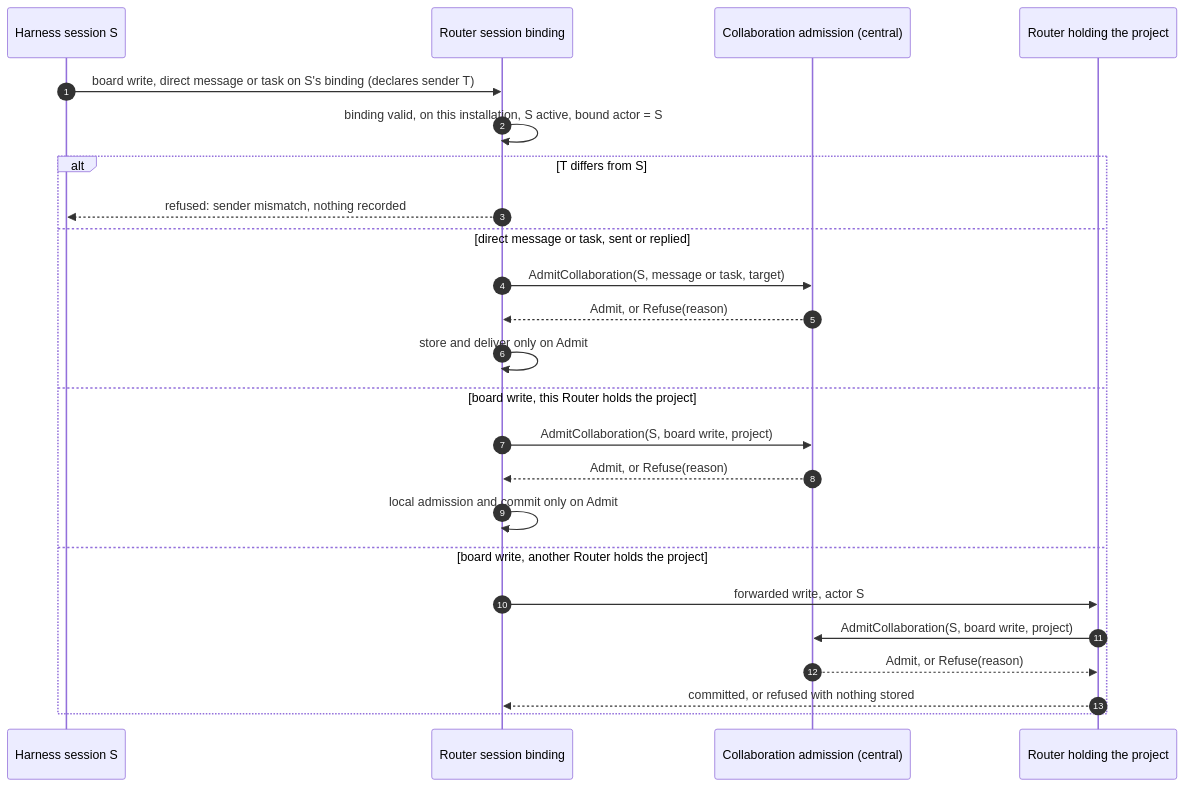
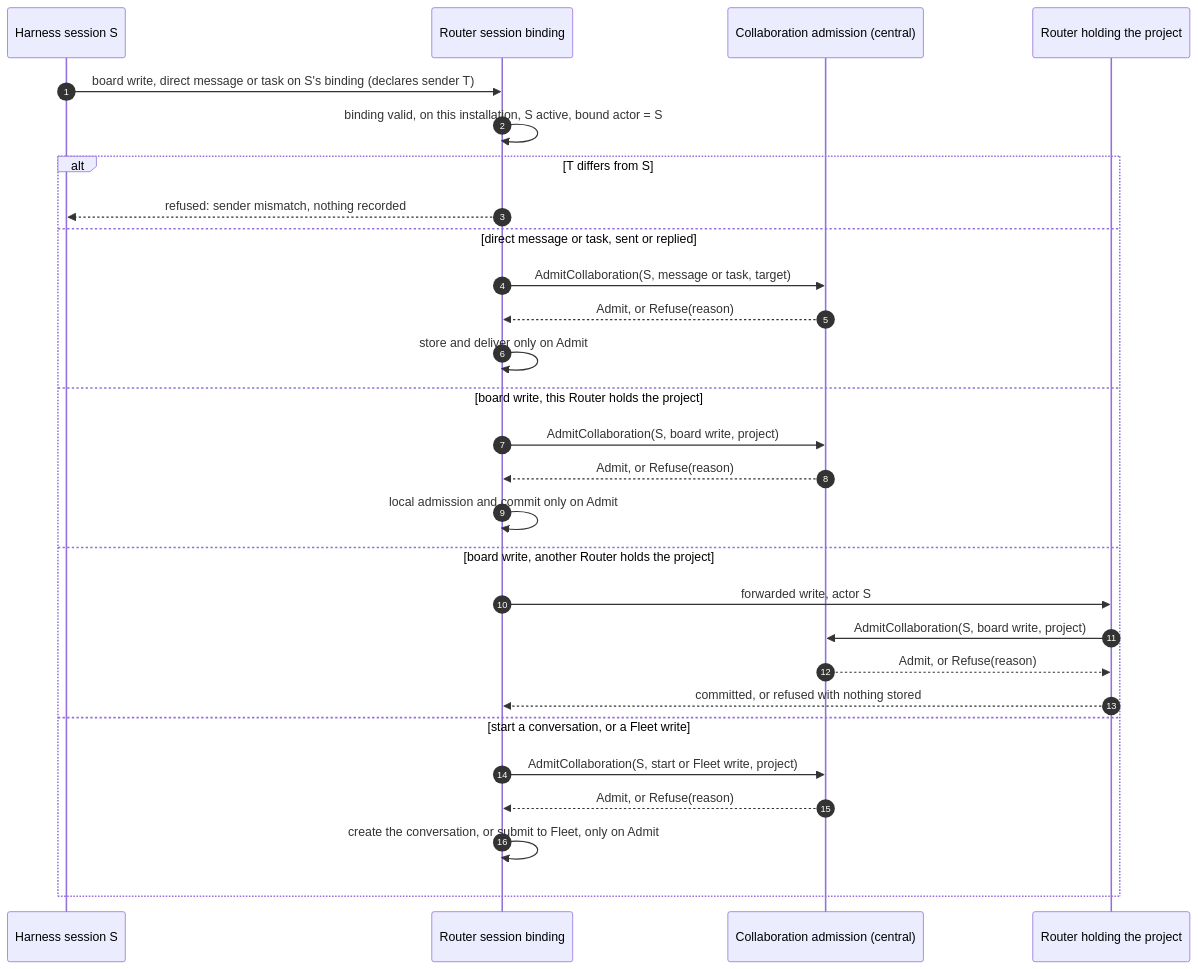
One commit to ShravanSunder/agent-vm changed the sixth of 7 diagrams in docs/specs/2026-10-24-agent-identity/program-design.md. Above: the diagram before and after it, drawn with Mermaid. The commit also changed other lines of this file and 5 other files, not shown here.

````diff
--- a/docs/specs/2026-10-24-agent-identity/program-design.md
+++ b/docs/specs/2026-10-24-agent-identity/program-design.md
@@ -583,26 +613,30 @@
 ```mermaid
 sequenceDiagram
   autonumber
   participant H as Harness session S
   participant RB as Router session binding
   participant CA as Collaboration admission (central)
   participant HR as Router holding the project
   H->>RB: board write, direct message or task on S's binding (declares sender T)
   RB->>RB: binding valid, on this installation, S active, bound actor = S
   alt T differs from S
     RB-->>H: refused: sender mismatch, nothing recorded
   else direct message or task, sent or replied
     RB->>CA: AdmitCollaboration(S, message or task, target)
     CA-->>RB: Admit, or Refuse(reason)
     RB->>RB: store and deliver only on Admit
   else board write, this Router holds the project
     RB->>CA: AdmitCollaboration(S, board write, project)
     CA-->>RB: Admit, or Refuse(reason)
     RB->>RB: local admission and commit only on Admit
   else board write, another Router holds the project
     RB->>HR: forwarded write, actor S
     HR->>CA: AdmitCollaboration(S, board write, project)
     CA-->>HR: Admit, or Refuse(reason)
     HR-->>RB: committed, or refused with nothing stored
+  else start a conversation, or a Fleet write
+    RB->>CA: AdmitCollaboration(S, start or Fleet write, project)
+    CA-->>RB: Admit, or Refuse(reason)
+    RB->>RB: create the conversation, or submit to Fleet, only on Admit
   end
 ```
````
